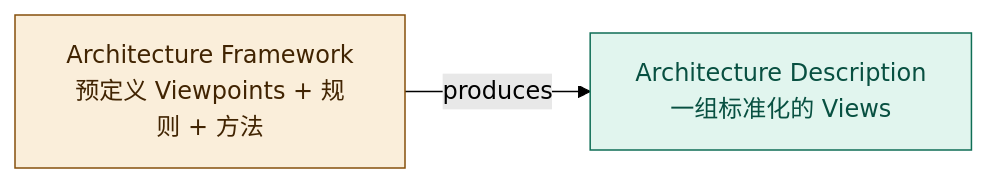
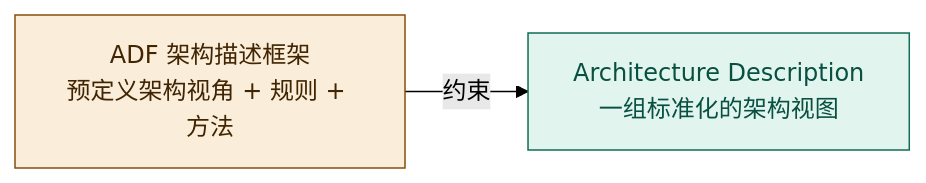
Before and after one commit to Yongjunzhou/AOS-system-design: diagram 23 of 24 in 100-subprojects/01-系统工程研究/00-系统工程相关研究报告/07-架构概念研究报告-从概念设计到架构.md, drawn with Mermaid (forest theme). The commit also changed other lines of this file and 38 other files, not shown here.

````diff
--- a/100-subprojects/01-系统工程研究/00-系统工程相关研究报告/07-架构概念研究报告-从概念设计到架构.md
+++ b/100-subprojects/01-系统工程研究/00-系统工程相关研究报告/07-架构概念研究报告-从概念设计到架构.md
@@ -892,6 +938,6 @@
 ```mermaid
 flowchart LR
-    F["Architecture Framework<br/>预定义 Viewpoints + 规则 + 方法"] -->|"produces"| AD["Architecture Description<br/>一组标准化的 Views"]
+    F["ADF 架构描述框架<br/>预定义架构视角 + 规则 + 方法"] -->|"约束"| AD["Architecture Description<br/>一组标准化的架构视图"]
     style F fill:#FAEEDA,stroke:#854F0B,color:#412402
     style AD fill:#E1F5EE,stroke:#0F6E56,color:#085041
 ```
````
